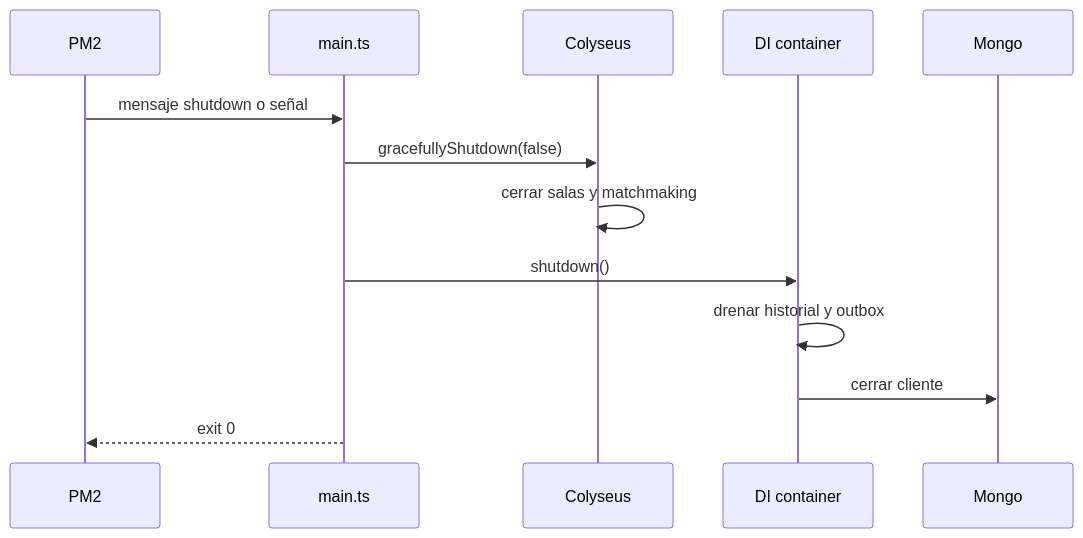
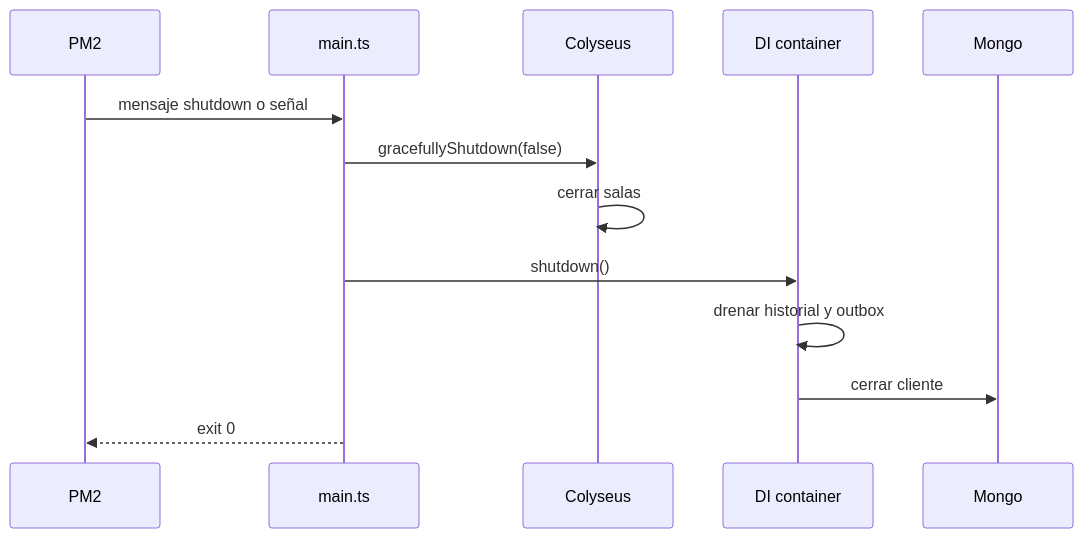
Before and after one commit to Betaso-Team/domino-backend-v2: the third of 3 diagrams in docs/operacion.md, drawn with Mermaid. The commit also changed other lines of this file and 175 other files, not shown here.

````diff
--- a/docs/operacion.md
+++ b/docs/operacion.md
@@ -74,16 +77,16 @@
 ```mermaid
 sequenceDiagram
   participant PM2
   participant Main as main.ts
   participant Server as Colyseus
   participant Container as DI container
   participant Mongo
 
   PM2->>Main: mensaje shutdown o señal
   Main->>Server: gracefullyShutdown(false)
-  Server->>Server: cerrar salas y matchmaking
+  Server->>Server: cerrar salas
   Main->>Container: shutdown()
   Container->>Container: drenar historial y outbox
   Container->>Mongo: cerrar cliente
   Main-->>PM2: exit 0
 ```
````
